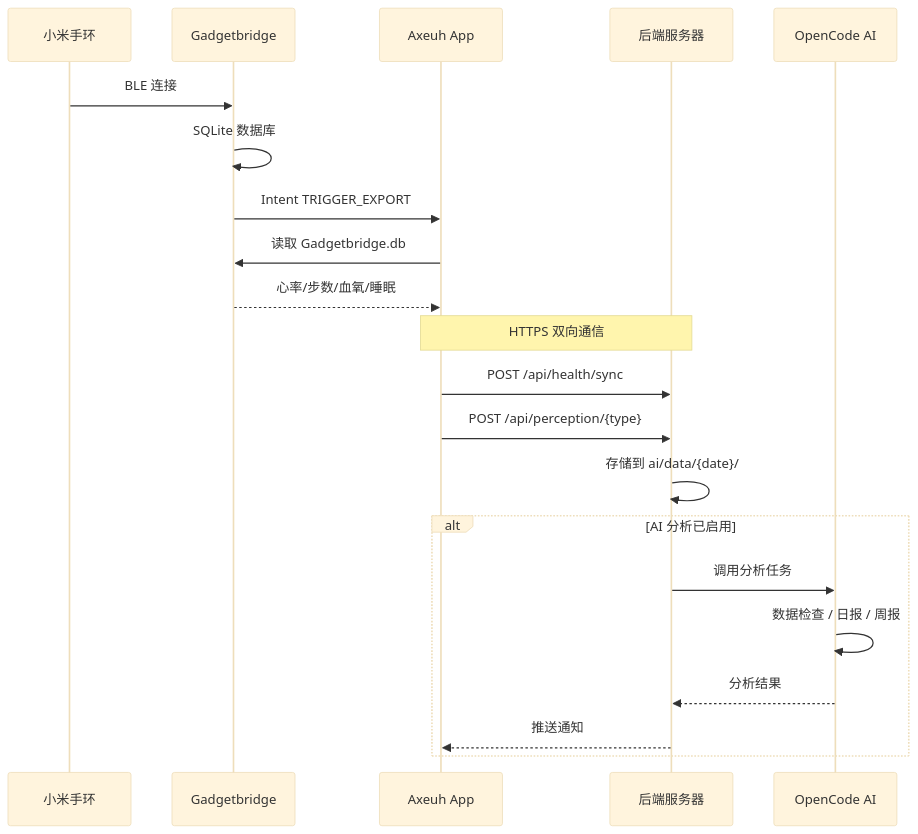
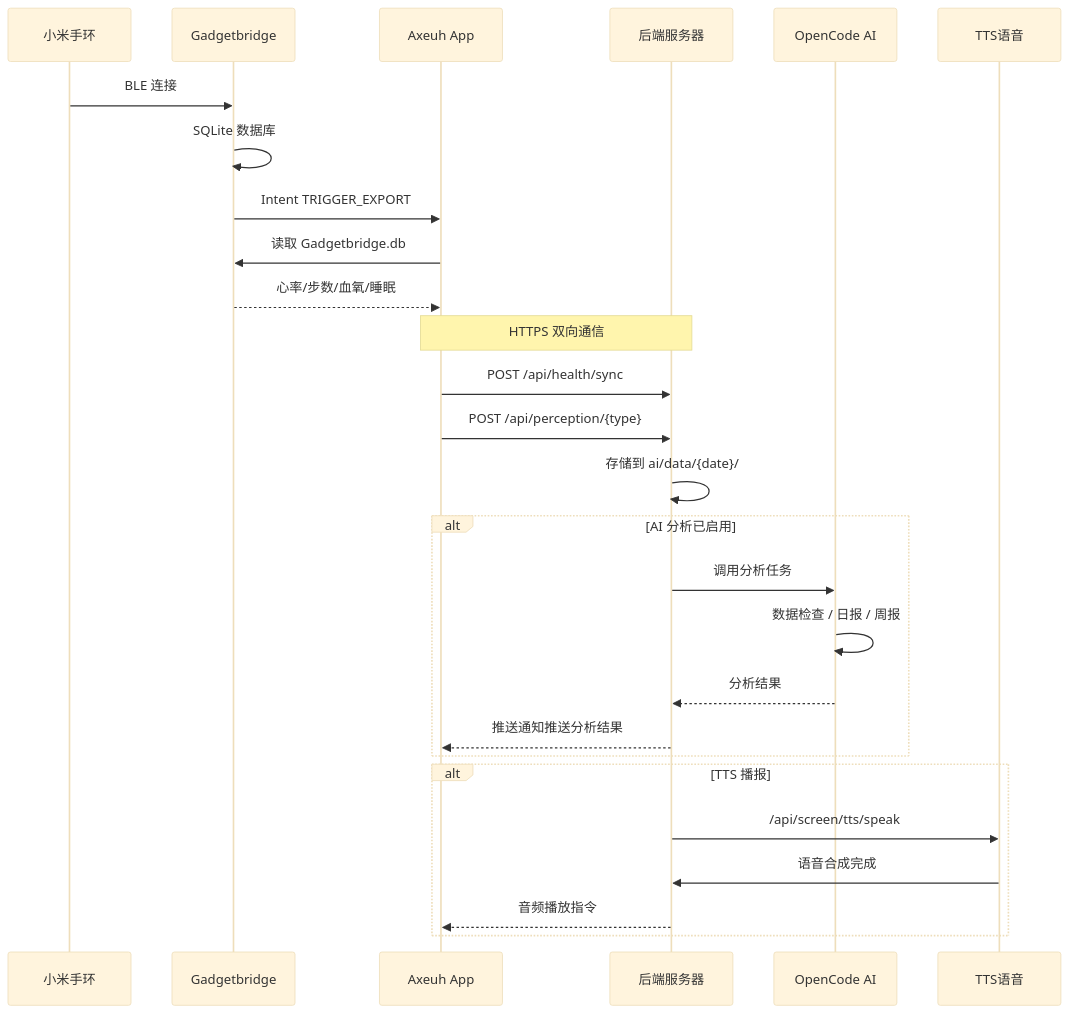
Before and after one commit to Axeuh/LiveLog-AI: the second of 2 diagrams in README.md, drawn with Mermaid (base theme).

Commit message:
docs: add TTS and feedback loop to data flow diagram

````diff
--- a/README.md
+++ b/README.md
@@ -76,27 +76,34 @@
 ```mermaid
 sequenceDiagram
     participant B as 小米手环
     participant G as Gadgetbridge
     participant A as Axeuh App
     participant S as 后端服务器
     participant AI as OpenCode AI
+    participant T as TTS语音
 
     B->>G: BLE 连接
     G->>G: SQLite 数据库
     G->>A: Intent TRIGGER_EXPORT
     A->>G: 读取 Gadgetbridge.db
     G-->>A: 心率/步数/血氧/睡眠
 
     Note over A,S: HTTPS 双向通信
 
     A->>S: POST /api/health/sync
     A->>S: POST /api/perception/{type}
     S->>S: 存储到 ai/data/{date}/
 
     alt AI 分析已启用
         S->>AI: 调用分析任务
         AI->>AI: 数据检查 / 日报 / 周报
         AI-->>S: 分析结果
-        S-->>A: 推送通知
+        S-->>A: 推送通知推送分析结果
+    end
+
+    alt TTS 播报
+        S->>T: /api/screen/tts/speak
+        T->>S: 语音合成完成
+        S-->>A: 音频播放指令
     end
 ```
````
